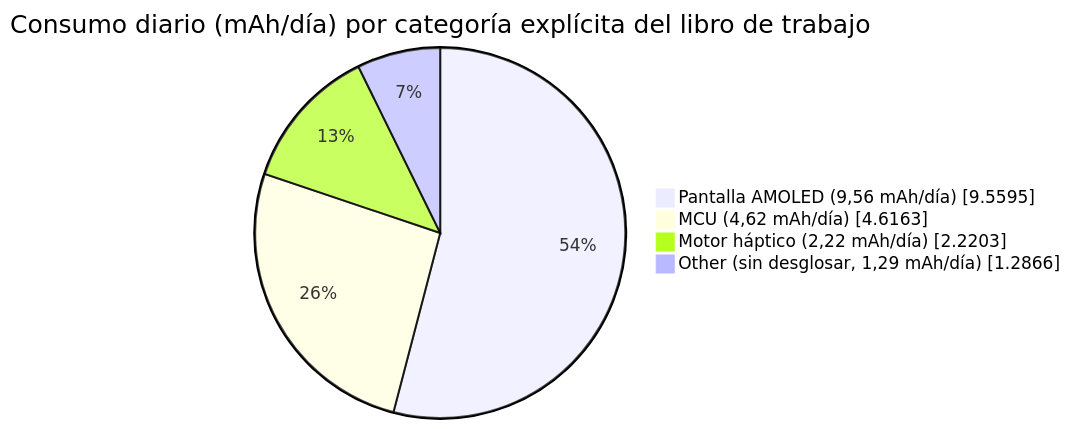
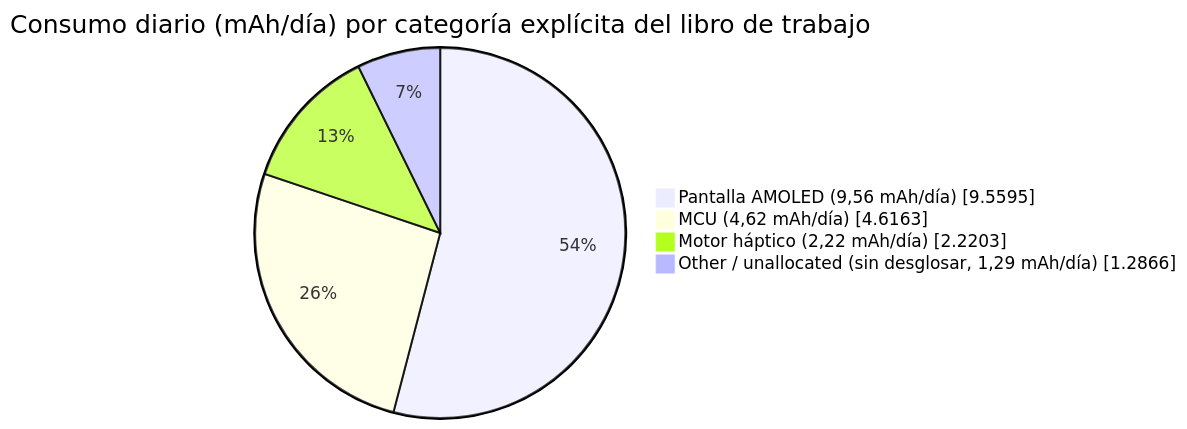
Before and after one commit to uForge-io/uforge-site: the third of 4 diagrams in docs_es/learn/low-power/smartwatch-power-profiling.md, drawn with Mermaid. The commit also changed other lines of this file and 1299 other files, not shown here.

````diff
--- a/docs_es/learn/low-power/smartwatch-power-profiling.md
+++ b/docs_es/learn/low-power/smartwatch-power-profiling.md
@@ -241,8 +241,8 @@
 ```mermaid
 pie showData
     title Consumo diario (mAh/día) por categoría explícita del libro de trabajo
     "Pantalla AMOLED (9,56 mAh/día)" : 9.5595
     "MCU (4,62 mAh/día)" : 4.6163
     "Motor háptico (2,22 mAh/día)" : 2.2203
-    "Other (sin desglosar, 1,29 mAh/día)" : 1.2866
+    "Other / unallocated (sin desglosar, 1,29 mAh/día)" : 1.2866
 ```
````
